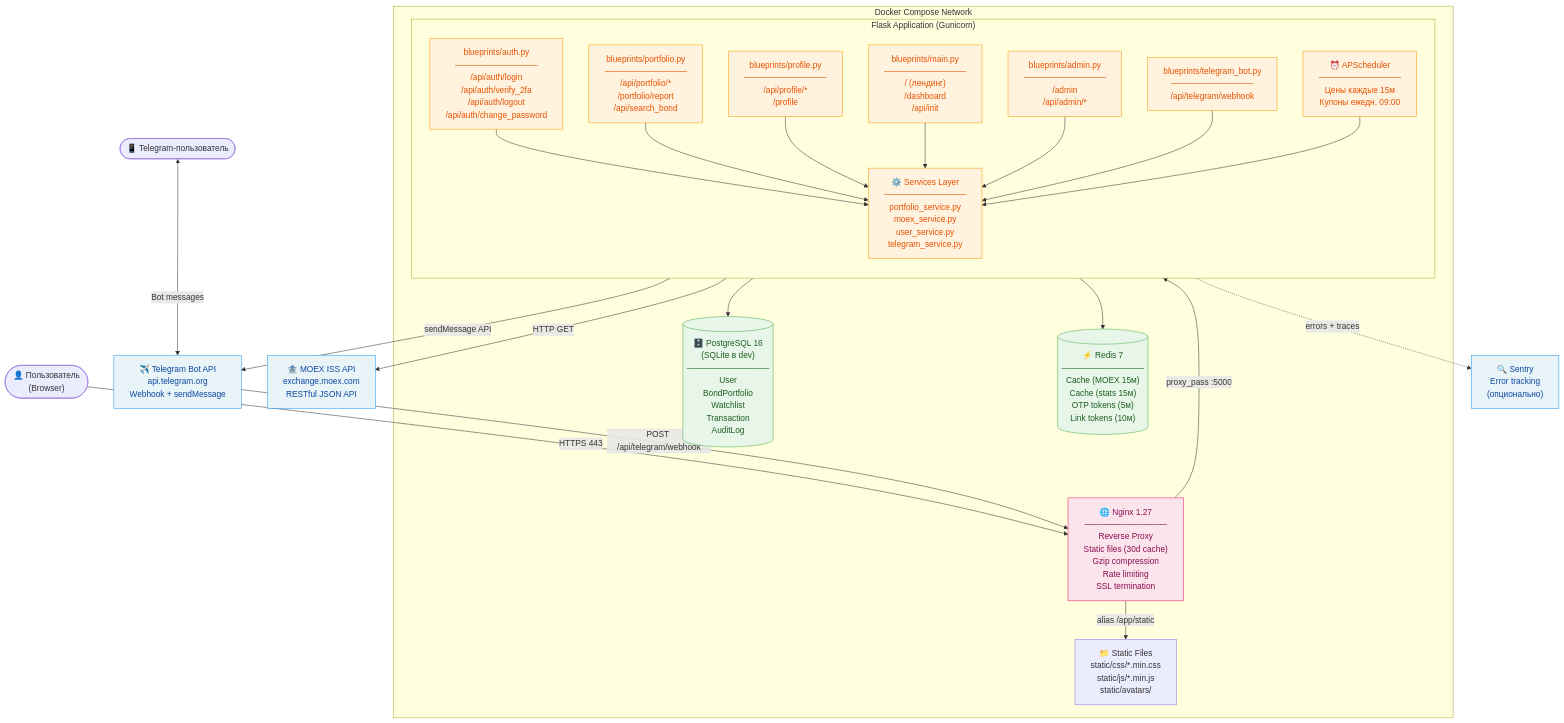
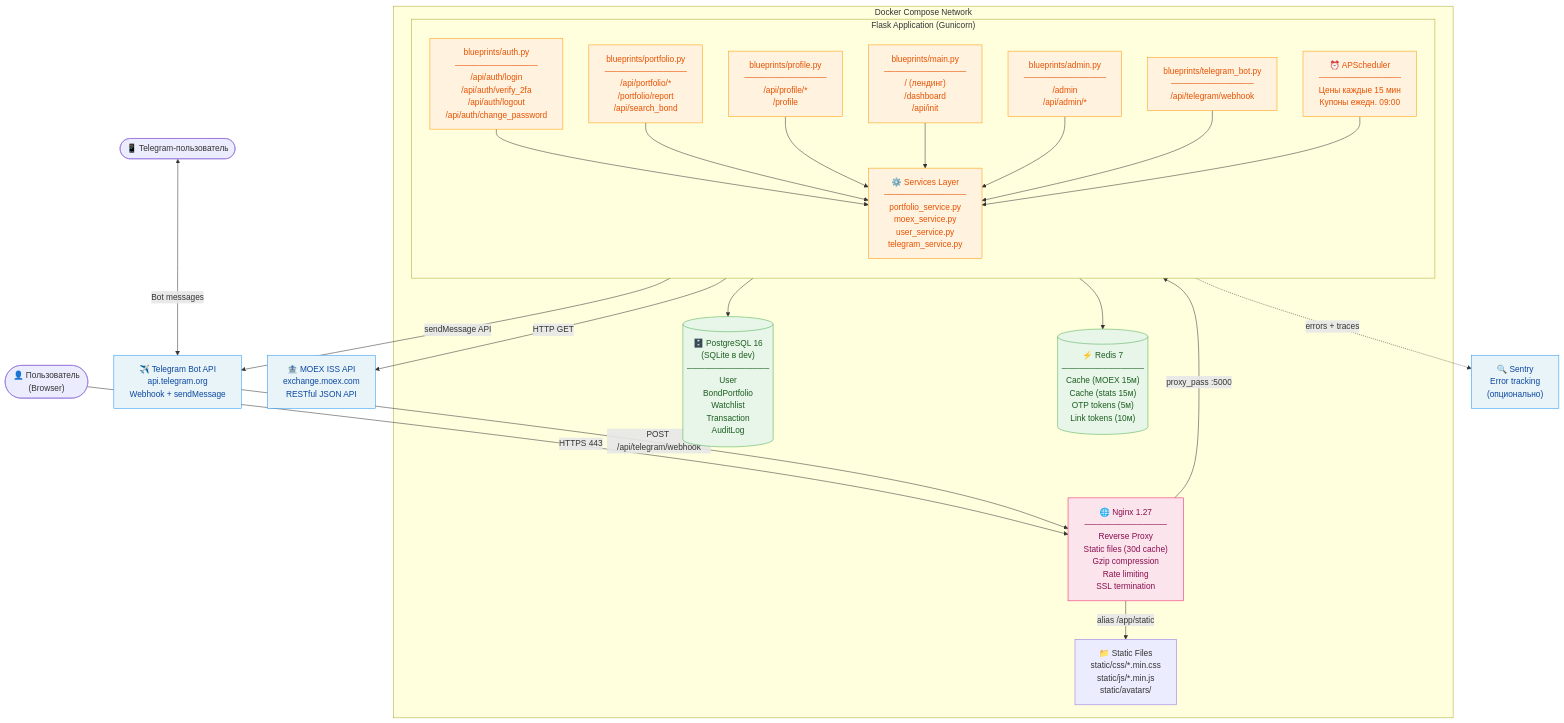
Before and after one commit to Kos5o4ka/my-fintech-app: the first of 6 diagrams in docs/architecture.md, drawn with Mermaid. The commit also changed other lines of this file and 8 other files, not shown here.

````diff
--- a/docs/architecture.md
+++ b/docs/architecture.md
@@ -9,68 +9,68 @@
 ```mermaid
 graph TB
     %% External actors
     User(["👤 Пользователь\n(Browser)"])
     TelegramUser(["📱 Telegram-пользователь"])
 
     %% External systems
     MOEX["🏦 MOEX ISS API\nexchange.moex.com\nRESTful JSON API"]
     TelegramAPI["✈️ Telegram Bot API\napi.telegram.org\nWebhook + sendMessage"]
     Sentry["🔍 Sentry\nError tracking\n(опционально)"]
 
     subgraph Docker["Docker Compose Network"]
 
         Nginx["🌐 Nginx 1.27\n──────────────\nReverse Proxy\nStatic files (30d cache)\nGzip compression\nRate limiting\nSSL termination"]
 
         subgraph App["Flask Application (Gunicorn)"]
             direction TB
             Auth["blueprints/auth.py\n──────────────\n/api/auth/login\n/api/auth/verify_2fa\n/api/auth/logout\n/api/auth/change_password"]
             Portfolio["blueprints/portfolio.py\n──────────────\n/api/portfolio/*\n/portfolio/report\n/api/search_bond"]
             Profile["blueprints/profile.py\n──────────────\n/api/profile/*\n/profile"]
             Main["blueprints/main.py\n──────────────\n/ (лендинг)\n/dashboard\n/api/init"]
             Admin["blueprints/admin.py\n──────────────\n/admin\n/api/admin/*"]
             TGBot["blueprints/telegram_bot.py\n──────────────\n/api/telegram/webhook"]
 
             Services["⚙️ Services Layer\n──────────────\nportfolio_service.py\nmoex_service.py\nuser_service.py\ntelegram_service.py"]
 
-            Scheduler["⏰ APScheduler\n──────────────\nЦены каждые 15м\nКупоны ежедн. 09:00"]
+            Scheduler["⏰ APScheduler\n──────────────\nЦены каждые 15 мин\nКупоны ежедн. 09:00"]
         end
 
         DB[("🗄️ PostgreSQL 16\n(SQLite в dev)\n──────────────\nUser\nBondPortfolio\nWatchlist\nTransaction\nAuditLog")]
 
         Redis[("⚡ Redis 7\n──────────────\nCache (MOEX 15м)\nCache (stats 15м)\nOTP tokens (5м)\nLink tokens (10м)")]
 
         Static["📁 Static Files\nstatic/css/*.min.css\nstatic/js/*.min.js\nstatic/avatars/"]
     end
 
     %% User flows
     User -->|"HTTPS 443"| Nginx
     Nginx -->|"proxy_pass :5000"| App
     Nginx -->|"alias /app/static"| Static
 
     %% Telegram
     TelegramAPI -->|"POST /api/telegram/webhook"| Nginx
     TGBot -->|"sendMessage API"| TelegramAPI
     TelegramUser <-->|"Bot messages"| TelegramAPI
 
     %% Internal
     Auth & Portfolio & Profile & Main & Admin & TGBot --> Services
     Services --> DB
     Services --> Redis
     Scheduler --> Services
 
     %% External APIs
     Services -->|"HTTP GET"| MOEX
     App -.->|"errors + traces"| Sentry
 
     %% Styling
     classDef external fill:#e8f4f8,stroke:#2196F3,color:#0d47a1
     classDef container fill:#fff3e0,stroke:#FF9800,color:#e65100
     classDef db fill:#e8f5e9,stroke:#4CAF50,color:#1b5e20
     classDef service fill:#f3e5f5,stroke:#9C27B0,color:#4a148c
     classDef proxy fill:#fce4ec,stroke:#E91E63,color:#880e4f
 
     class MOEX,TelegramAPI,Sentry external
     class Auth,Portfolio,Profile,Main,Admin,TGBot,Services,Scheduler container
     class DB,Redis db
     class Nginx proxy
 ```
````
